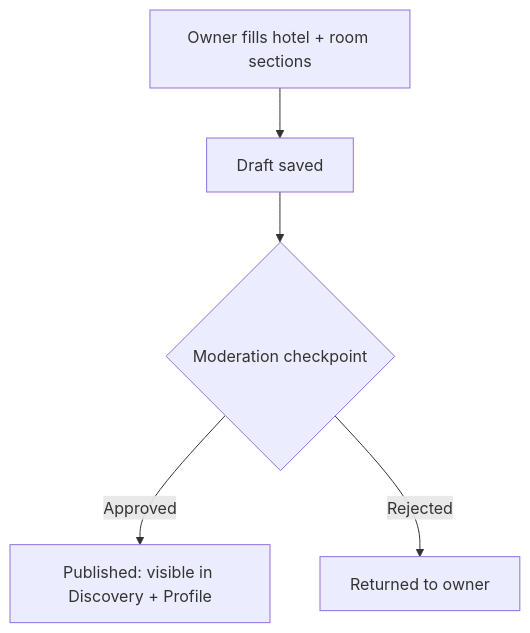
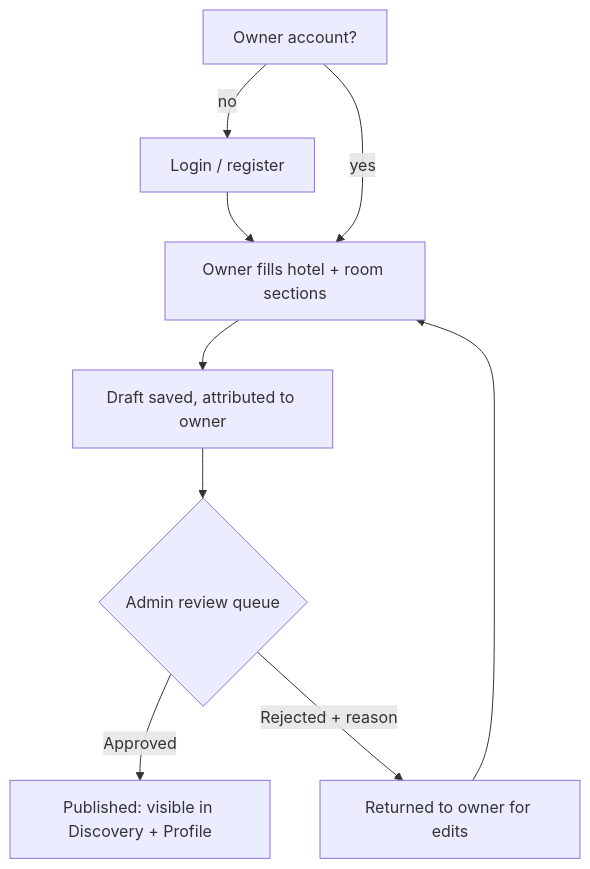
The diagram in .design/main/specifications/l1-property-onboarding.md (teratron/booking), drawn with Mermaid before and after one commit. The commit also changed other lines of this file and 11 other files, not shown here.

````diff
--- a/.design/main/specifications/l1-property-onboarding.md
+++ b/.design/main/specifications/l1-property-onboarding.md
@@ -76,7 +83,11 @@
 ```mermaid
 graph TD
-    A[Owner fills hotel + room sections] --> B[Draft saved]
-    B --> C{Moderation checkpoint}
+    Z[Owner account?] -->|no| Y[Login / register]
+    Y --> A
+    Z -->|yes| A[Owner fills hotel + room sections]
+    A --> B[Draft saved, attributed to owner]
+    B --> C{Admin review queue}
     C -->|Approved| D[Published: visible in Discovery + Profile]
-    C -->|Rejected| E[Returned to owner]
+    C -->|Rejected + reason| E[Returned to owner for edits]
+    E --> A
 ```
````
